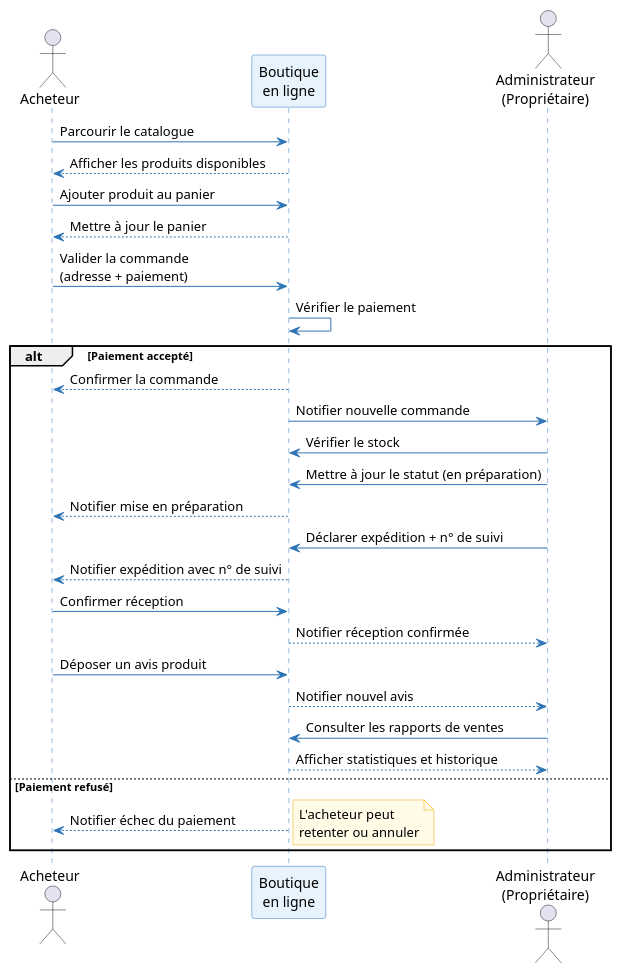
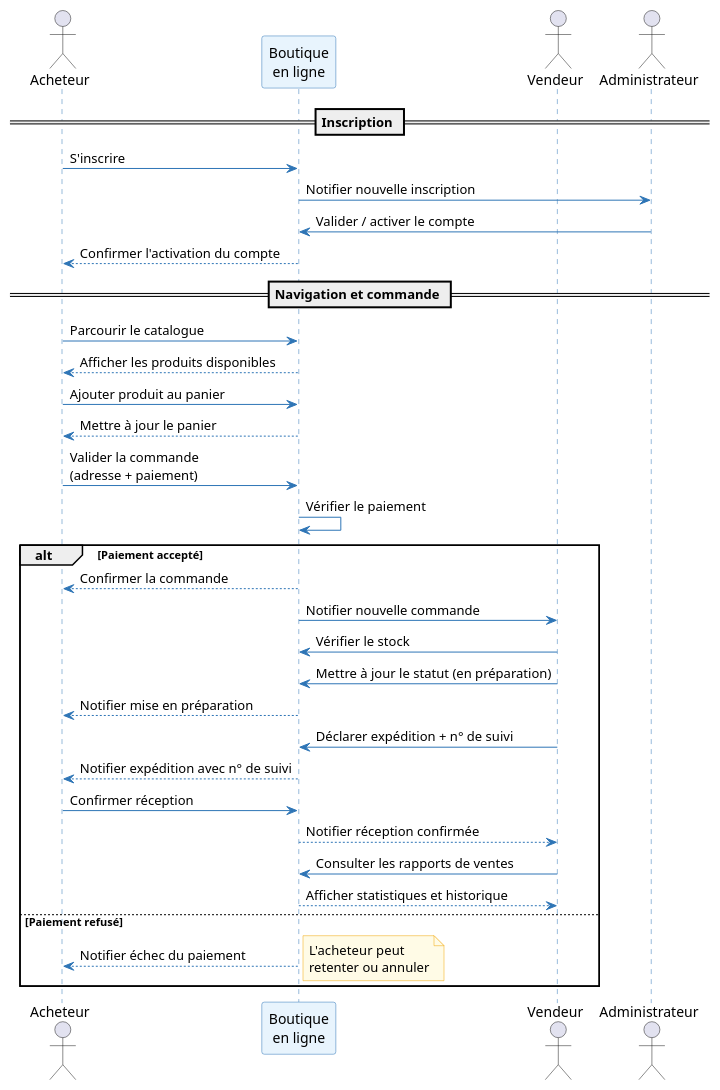
One commit to louistalvande/online_shop changed the third of 4 diagrams in architecture.adoc. Above: the diagram before and after it, drawn with PlantUML. The commit also changed other lines of this file, not shown here.

Commit message:
Refactor roles and responsibilities in architecture.adoc

```diff
--- a/architecture.adoc
+++ b/architecture.adoc
@@ -156,47 +169,52 @@
 [plantuml, oa-sequence, svg]
 ----
 skinparam sequenceArrowColor #2E75B6
 skinparam sequenceParticipantBackgroundColor #E8F4FD
 skinparam sequenceParticipantBorderColor #2E75B6
 skinparam sequenceLifeLineBorderColor #2E75B6
 skinparam noteBorderColor #F0A500
 skinparam noteBackgroundColor #FFFBE6
 
 actor Acheteur as Buyer
 participant "Boutique\nen ligne" as Shop
-actor "Administrateur\n(Propriétaire)" as Admin
+actor Vendeur as Vendor
+actor Administrateur as Admin
 
+== Inscription ==
+Buyer -> Shop : S'inscrire
+Shop -> Admin : Notifier nouvelle inscription
+Admin -> Shop : Valider / activer le compte
+Shop --> Buyer : Confirmer l'activation du compte
+
+== Navigation et commande ==
 Buyer -> Shop : Parcourir le catalogue
 Shop --> Buyer : Afficher les produits disponibles
 
 Buyer -> Shop : Ajouter produit au panier
 Shop --> Buyer : Mettre à jour le panier
 
 Buyer -> Shop : Valider la commande\n(adresse + paiement)
 Shop -> Shop : Vérifier le paiement
 
 alt Paiement accepté
   Shop --> Buyer : Confirmer la commande
-  Shop -> Admin : Notifier nouvelle commande
+  Shop -> Vendor : Notifier nouvelle commande
 
-  Admin -> Shop : Vérifier le stock
-  Admin -> Shop : Mettre à jour le statut (en préparation)
+  Vendor -> Shop : Vérifier le stock
+  Vendor -> Shop : Mettre à jour le statut (en préparation)
   Shop --> Buyer : Notifier mise en préparation
 
-  Admin -> Shop : Déclarer expédition + n° de suivi
+  Vendor -> Shop : Déclarer expédition + n° de suivi
   Shop --> Buyer : Notifier expédition avec n° de suivi
 
   Buyer -> Shop : Confirmer réception
-  Shop --> Admin : Notifier réception confirmée
+  Shop --> Vendor : Notifier réception confirmée
 
-  Buyer -> Shop : Déposer un avis produit
-  Shop --> Admin : Notifier nouvel avis
-
-  Admin -> Shop : Consulter les rapports de ventes
-  Shop --> Admin : Afficher statistiques et historique
+  Vendor -> Shop : Consulter les rapports de ventes
+  Shop --> Vendor : Afficher statistiques et historique
 
 else Paiement refusé
   Shop --> Buyer : Notifier échec du paiement
   note right : L'acheteur peut\nretenter ou annuler
 end
 ----
```
